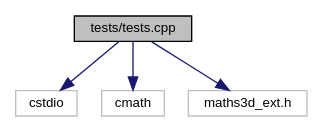
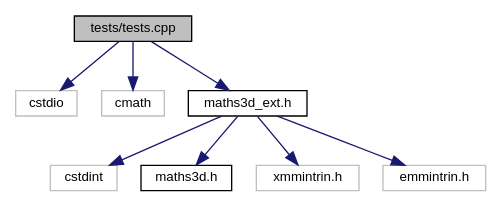
Before and after one commit to JohnRyland/Maths3D: the diagram in Documentation/tests_8cpp__incl.dot, drawn with Graphviz. The commit also changed 56 other files, not shown here.

```diff
--- a/Documentation/tests_8cpp__incl.dot
+++ b/Documentation/tests_8cpp__incl.dot
@@ -1,13 +1,21 @@
 digraph "tests/tests.cpp"
 {
  // LATEX_PDF_SIZE
   edge [fontname="Helvetica",fontsize="10",labelfontname="Helvetica",labelfontsize="10"];
   node [fontname="Helvetica",fontsize="10",shape=record];
   Node1 [label="tests/tests.cpp",height=0.2,width=0.4,color="black", fillcolor="grey75", style="filled", fontcolor="black",tooltip=" "];
   Node1 -> Node2 [color="midnightblue",fontsize="10",style="solid",fontname="Helvetica"];
   Node2 [label="cstdio",height=0.2,width=0.4,color="grey75", fillcolor="white", style="filled",tooltip=" "];
   Node1 -> Node3 [color="midnightblue",fontsize="10",style="solid",fontname="Helvetica"];
   Node3 [label="cmath",height=0.2,width=0.4,color="grey75", fillcolor="white", style="filled",tooltip=" "];
   Node1 -> Node4 [color="midnightblue",fontsize="10",style="solid",fontname="Helvetica"];
-  Node4 [label="maths3d_ext.h",height=0.2,width=0.4,color="grey75", fillcolor="white", style="filled",tooltip=" "];
+  Node4 [label="maths3d_ext.h",height=0.2,width=0.4,color="black", fillcolor="white", style="filled",URL="$maths3d__ext_8h.html",tooltip=" "];
+  Node4 -> Node5 [color="midnightblue",fontsize="10",style="solid",fontname="Helvetica"];
+  Node5 [label="cstdint",height=0.2,width=0.4,color="grey75", fillcolor="white", style="filled",tooltip=" "];
+  Node4 -> Node6 [color="midnightblue",fontsize="10",style="solid",fontname="Helvetica"];
+  Node6 [label="maths3d.h",height=0.2,width=0.4,color="black", fillcolor="white", style="filled",URL="$maths3d_8h.html",tooltip=" "];
+  Node4 -> Node7 [color="midnightblue",fontsize="10",style="solid",fontname="Helvetica"];
+  Node7 [label="xmmintrin.h",height=0.2,width=0.4,color="grey75", fillcolor="white", style="filled",tooltip=" "];
+  Node4 -> Node8 [color="midnightblue",fontsize="10",style="solid",fontname="Helvetica"];
+  Node8 [label="emmintrin.h",height=0.2,width=0.4,color="grey75", fillcolor="white", style="filled",tooltip=" "];
 }
```
